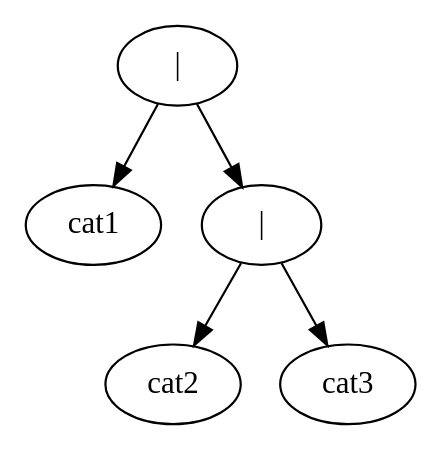
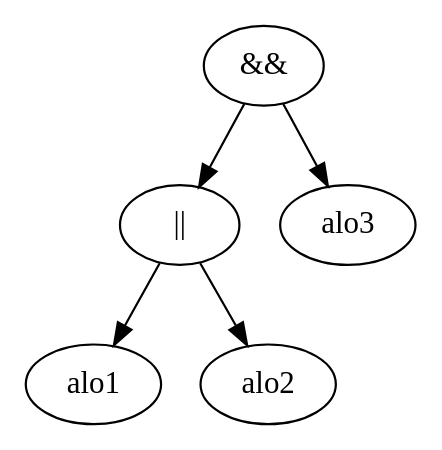
The diagram in tree.dot (YeGoRenji/minishell-1337), drawn with Graphviz before and after one commit. The commit also changed 2 other files, not shown here.

```diff
--- a/tree.dot
+++ b/tree.dot
@@ -1,11 +1,11 @@
 digraph yep {
-n0[label="|"] ;
+n0[label="&&"] ;
 n0 -> n1 ;
 n0 -> n2 ;
-n1[label="cat1"] ;
-n2[label="|"] ;
-n2 -> n21 ;
-n2 -> n22 ;
-n21[label="cat2"] ;
-n22[label="cat3"] ;
+n1[label="||"] ;
+n1 -> n11 ;
+n1 -> n12 ;
+n11[label="alo1"] ;
+n12[label="alo2"] ;
+n2[label="alo3"] ;
 }
```
